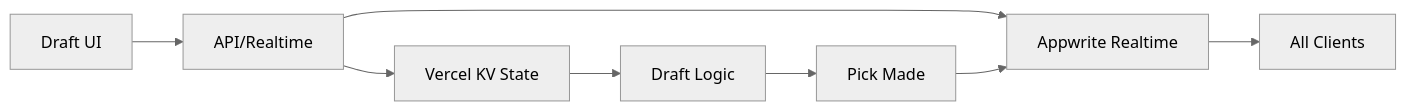
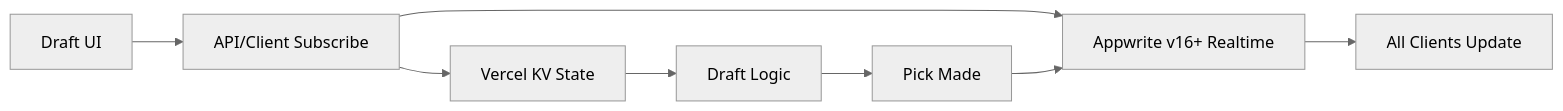
One commit to kpm34/college-football-fantasy-app changed the third of 6 diagrams in docs/DATA_FLOW.md. Above: the diagram before and after it, drawn with Mermaid (neutral theme). The commit also changed other lines of this file and 9 other files, not shown here.

````diff
--- a/docs/DATA_FLOW.md
+++ b/docs/DATA_FLOW.md
@@ -48,10 +52,10 @@
 ```mermaid
 graph LR
-    A[Draft UI] --> B[API/Realtime]
+    A[Draft UI] --> B[API/Client Subscribe]
     B --> C[Vercel KV State]
-    B --> D[Appwrite Realtime]
+    B --> D[Appwrite v16+ Realtime]
     C --> E[Draft Logic]
     E --> F[Pick Made]
     F --> D
-    D --> G[All Clients]
+    D --> G[All Clients Update]
 ```
````
